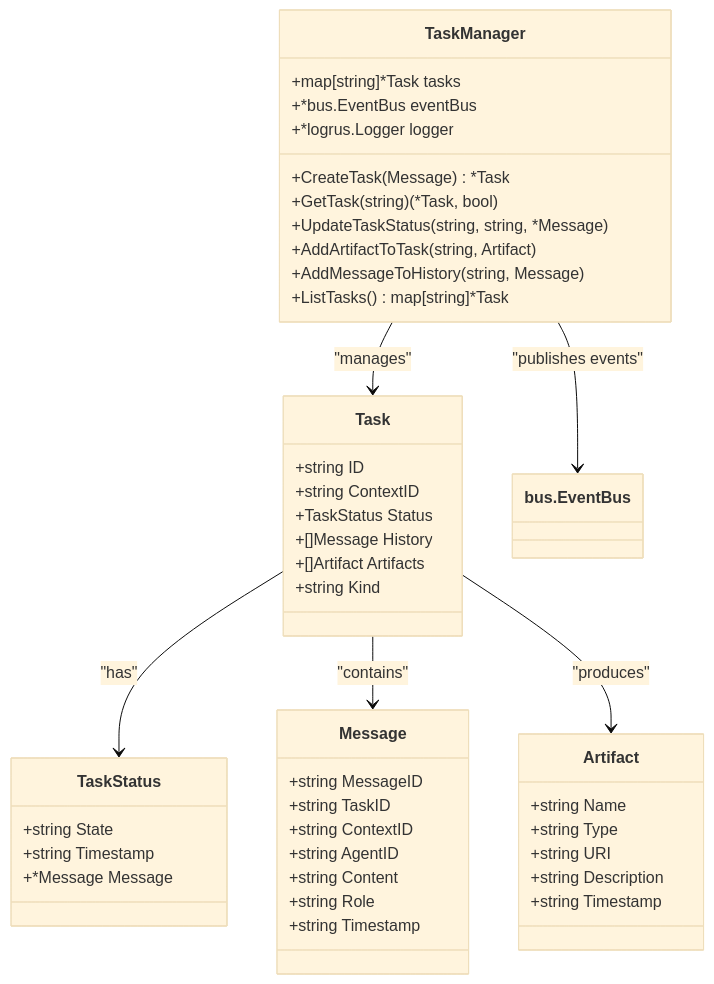
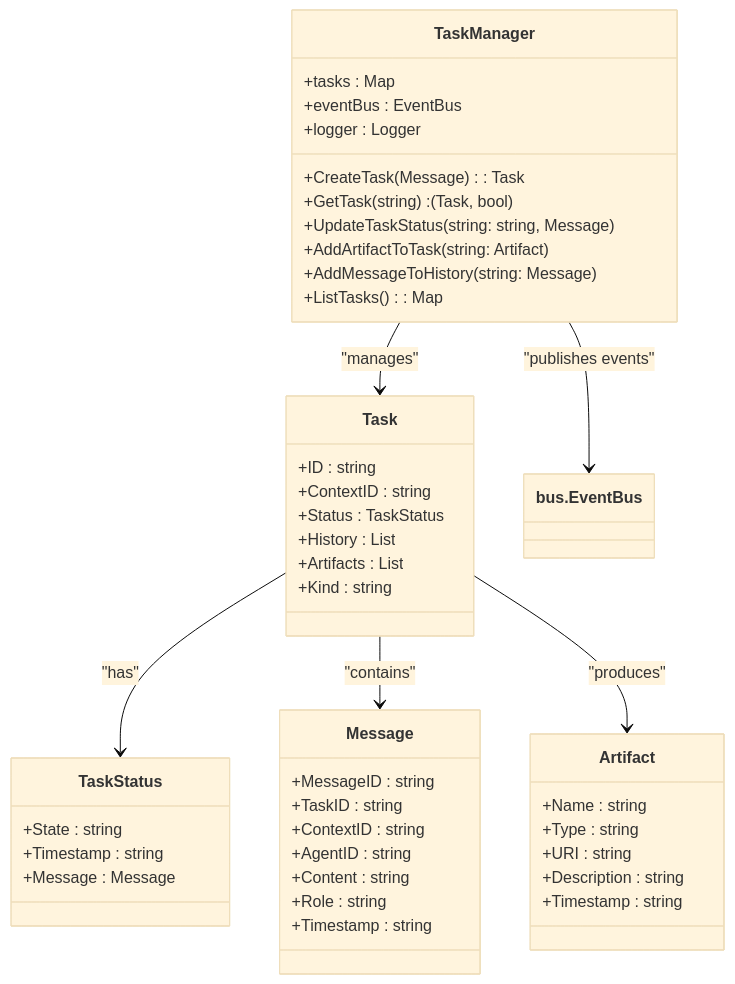
Before and after one commit to prxs-ai/praxis-go-sdk: the sixth of 8 diagrams in docs/Project Overview.md, drawn with Mermaid (base theme). The commit also changed other lines of this file and 141 other files, not shown here.

````diff
--- a/docs/Project Overview.md
+++ b/docs/Project Overview.md
@@ -246,48 +246,48 @@
 ```mermaid
 classDiagram
 class TaskManager {
-+map[string]*Task tasks
-+*bus.EventBus eventBus
-+*logrus.Logger logger
-+CreateTask(Message) *Task
-+GetTask(string) (*Task, bool)
-+UpdateTaskStatus(string, string, *Message)
-+AddArtifactToTask(string, Artifact)
-+AddMessageToHistory(string, Message)
-+ListTasks() map[string]*Task
++tasks : Map<string, Task>
++eventBus : EventBus
++logger : Logger
++CreateTask(Message) : Task
++GetTask(string) : (Task, bool)
++UpdateTaskStatus(string: string, Message)
++AddArtifactToTask(string: Artifact)
++AddMessageToHistory(string: Message)
++ListTasks() : Map<string, Task>
 }
 class Task {
-+string ID
-+string ContextID
-+TaskStatus Status
-+[]Message History
-+[]Artifact Artifacts
-+string Kind
++ID : string
++ContextID : string
++Status : TaskStatus
++History : List<Message>
++Artifacts : List<Artifact>
++Kind : string
 }
 class TaskStatus {
-+string State
-+string Timestamp
-+*Message Message
++State : string
++Timestamp : string
++Message : Message
 }
 class Message {
-+string MessageID
-+string TaskID
-+string ContextID
-+string AgentID
-+string Content
-+string Role
-+string Timestamp
++MessageID : string
++TaskID : string
++ContextID : string
++AgentID : string
++Content : string
++Role : string
++Timestamp : string
 }
 class Artifact {
-+string Name
-+string Type
-+string URI
-+string Description
-+string Timestamp
++Name : string
++Type : string
++URI : string
++Description : string
++Timestamp : string
 }
 TaskManager --> Task : "manages"
 Task --> TaskStatus : "has"
 Task --> Message : "contains"
 Task --> Artifact : "produces"
 TaskManager --> bus.EventBus : "publishes events"
 ```
````
